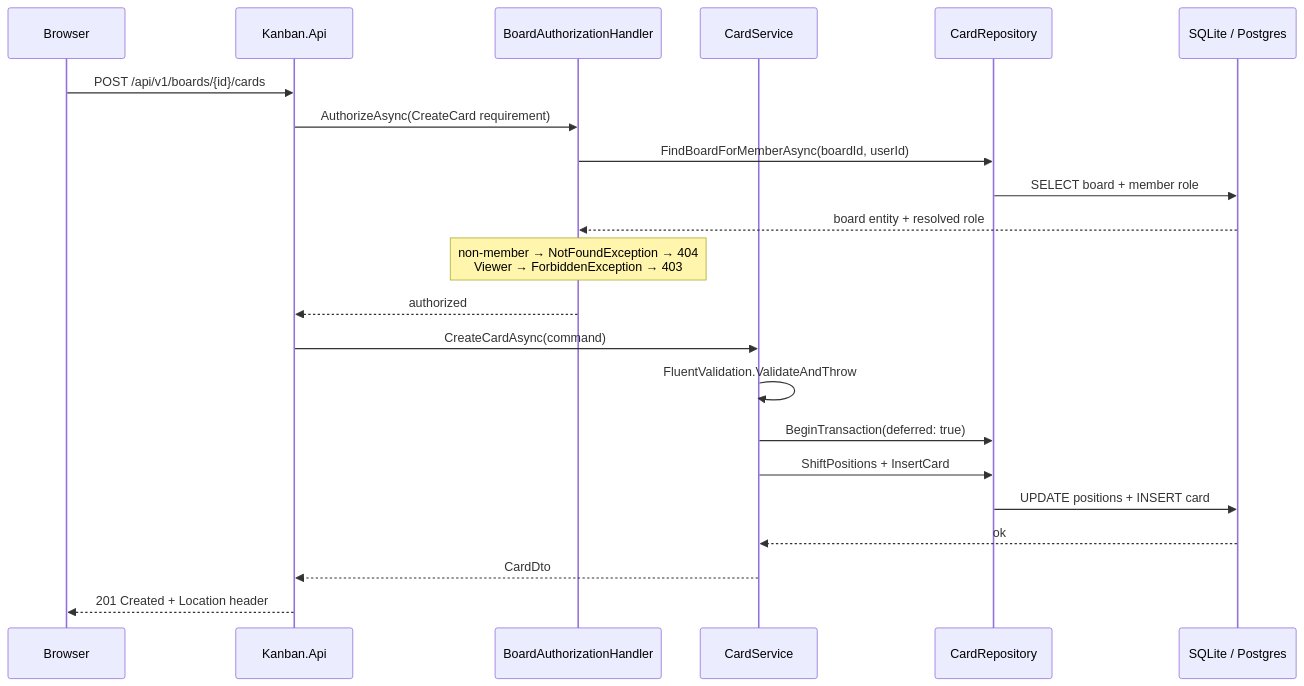
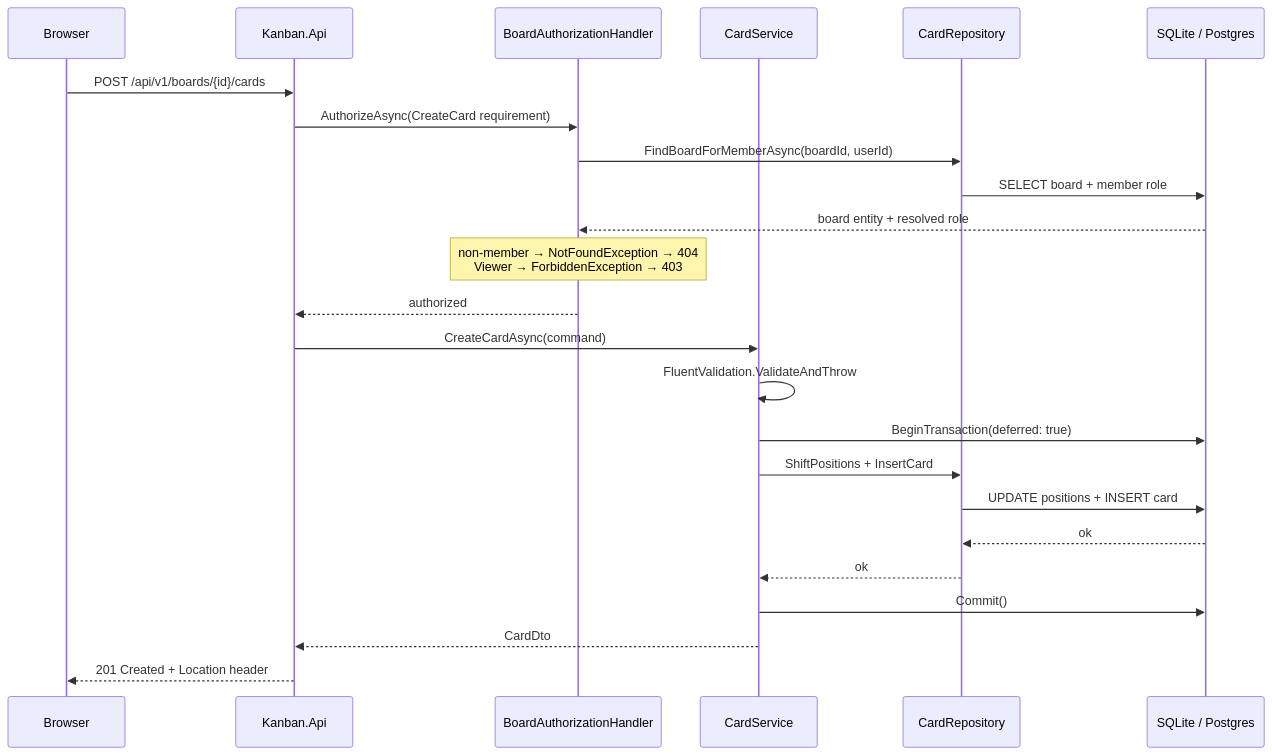
The third of 5 diagrams in README.md (tbithell/kanban), drawn with Mermaid before and after one commit.

Commit message:
fix: update transaction handling in sequence diagram for clarity

````diff
--- a/README.md
+++ b/README.md
@@ -88,25 +88,27 @@
 ```mermaid
 sequenceDiagram
     participant Browser
     participant Api as Kanban.Api
     participant Auth as BoardAuthorizationHandler
     participant Svc as CardService
     participant Repo as CardRepository
     participant DB as SQLite / Postgres
 
     Browser->>Api: POST /api/v1/boards/{id}/cards
     Api->>Auth: AuthorizeAsync(CreateCard requirement)
     Auth->>Repo: FindBoardForMemberAsync(boardId, userId)
     Repo->>DB: SELECT board + member role
     DB-->>Auth: board entity + resolved role
     Note over Auth: non-member → NotFoundException → 404<br/>Viewer → ForbiddenException → 403
     Auth-->>Api: authorized
     Api->>Svc: CreateCardAsync(command)
     Svc->>Svc: FluentValidation.ValidateAndThrow
-    Svc->>Repo: BeginTransaction(deferred: true)
+    Svc->>DB: BeginTransaction(deferred: true)
     Svc->>Repo: ShiftPositions + InsertCard
     Repo->>DB: UPDATE positions + INSERT card
-    DB-->>Svc: ok
+    DB-->>Repo: ok
+    Repo-->>Svc: ok
+    Svc->>DB: Commit()
     Svc-->>Api: CardDto
     Api-->>Browser: 201 Created + Location header
 ```
````
